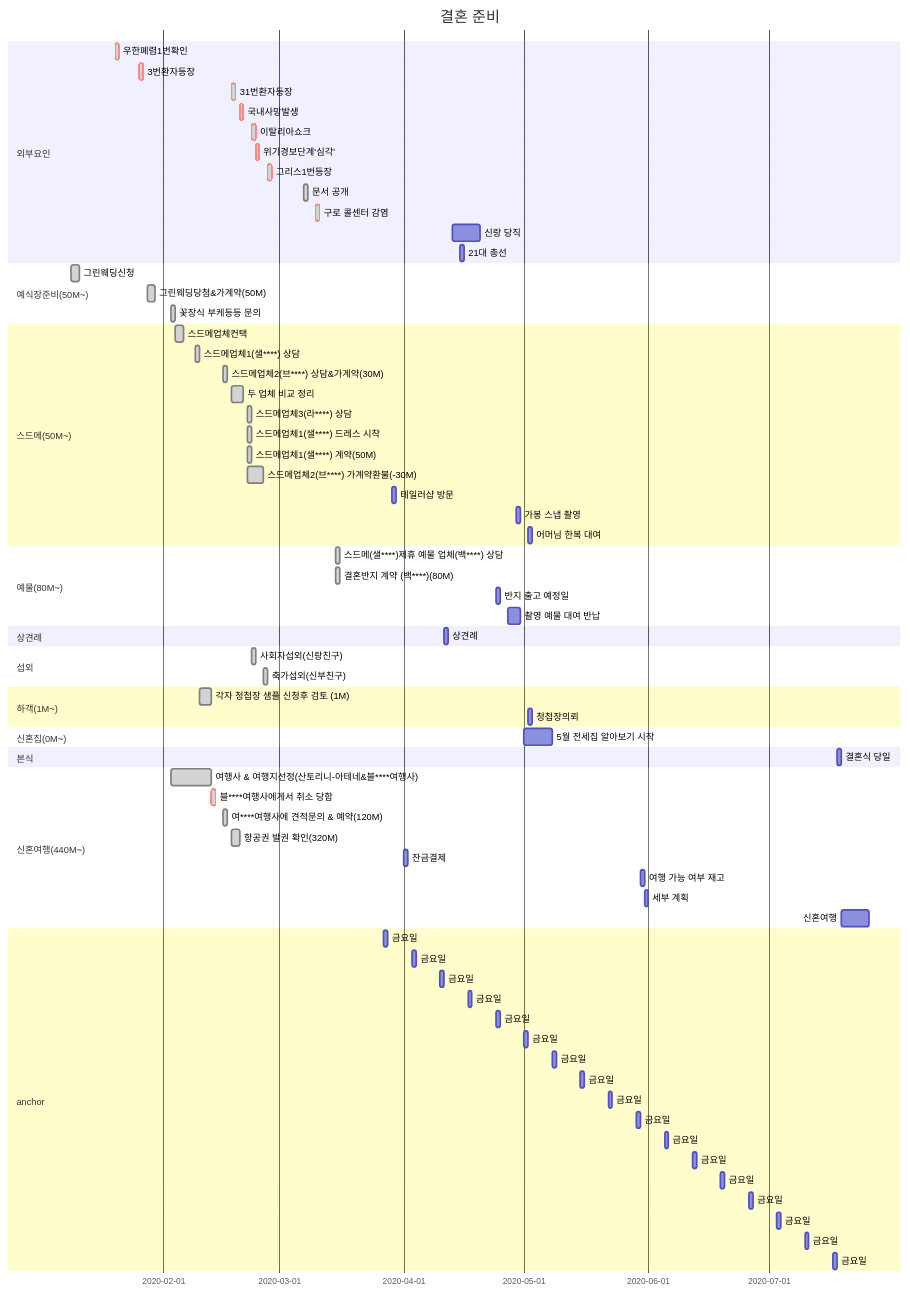
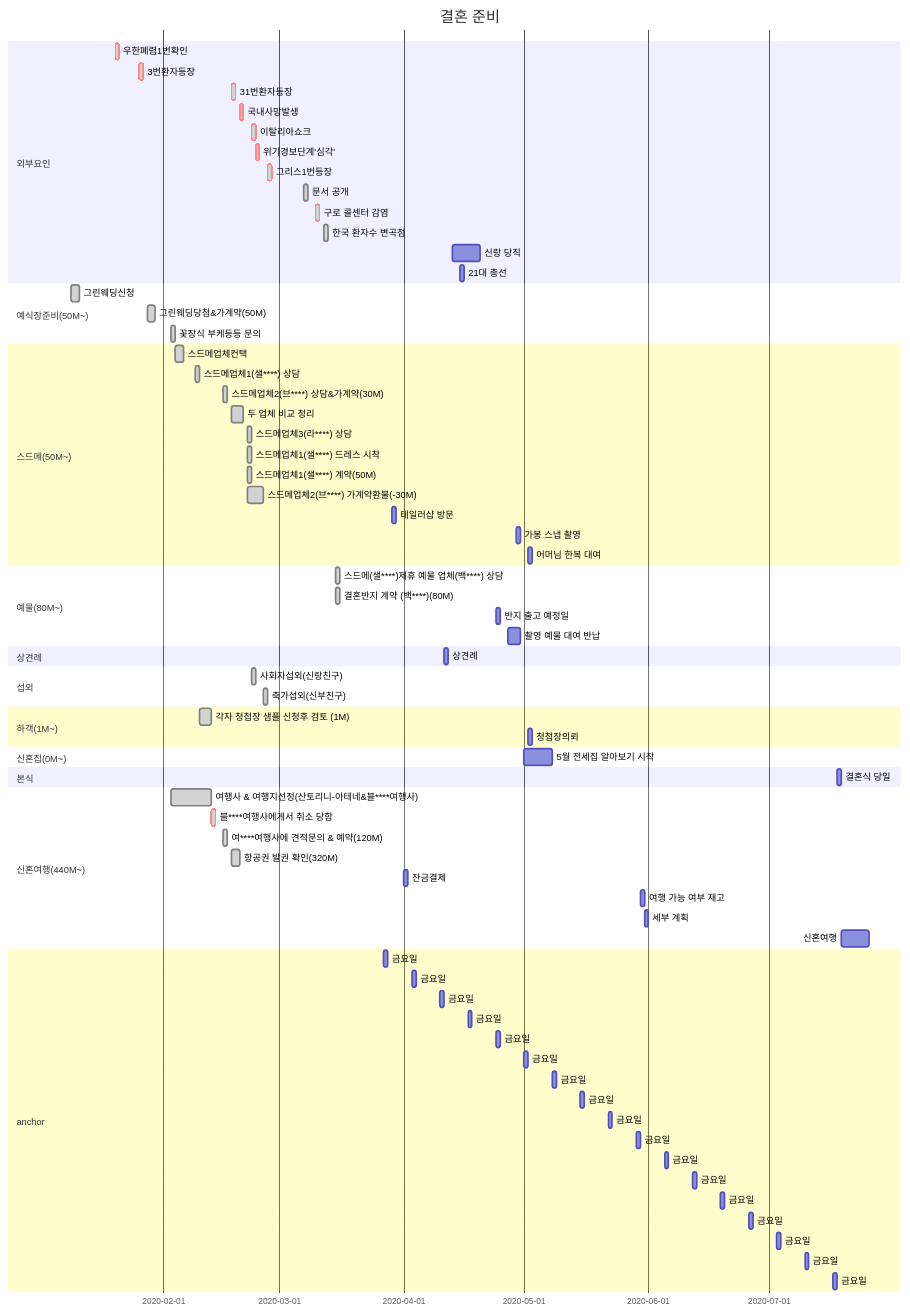
The diagram in docs/_static/journal.mmd (rino0601/hjk52knk), drawn with Mermaid before and after one commit. The commit also changed 5 other files, not shown here.

```diff
--- a/docs/_static/journal.mmd
+++ b/docs/_static/journal.mmd
@@ -1,86 +1,87 @@
 gantt
   title 결혼 준비
   dateFormat  YYYY-MM-DD
 
   section 외부요인
     우한폐렴1번확인: done, crit, 2020-01-20, 1d
     3번환자등장: done, crit, 2020-01-26, 1d
     31번환자등장: done, crit, 2020-02-18, 1d
     국내사망발생: done, crit, 2020-02-20, 1d
     이탈리아쇼크: done, crit, 2020-02-23, 1d
     위기경보단계'심각': done, crit, 2020-02-24, 1d
     그리스1번등장: done, crit, 2020-02-27, 1d
     문서 공개: done, 2020-03-07, 1d
     구로 콜센터 감염: done, crit, 2020-03-10, 1d
+    한국 환자수 변곡점: done, 2020-03-12, 1d
     신랑 당직: 2020-04-13, 2020-04-20
     21대 총선: 2020-04-15, 1d
 
   section 예식장준비(50M~)
     그린웨딩신청: done, 2020-01-09, 2d
     그린웨딩당첨&가계약(50M): done, 2020-01-28, 2d
     꽃장식 부케등등 문의: done, 2020-02-03, 1d
 
   section 스드메(50M~)
     스드메업체컨택: done, 2020-02-04, 2d
     스드메업체1(샐****) 상담: done, 2020-02-09, 1d
     스드메업체2(브****) 상담&가계약(30M): done, 2020-02-16, 1d
     두 업체 비교 정리: done, 2020-02-18, 2020-02-21
     스드메업체3(라****) 상담: done, 2020-02-22, 1d
     스드메업체1(샐****) 드레스 시착: done, 2020-02-22, 1d
     스드메업체1(샐****) 계약(50M): done, 2020-02-22, 1d
     스드메업체2(브****) 가계약환불(-30M): done, 2020-02-22, 2020-02-26
     테일러샵 방문: 2020-03-29, 1d
     가봉 스냅 촬영: 2020-04-29, 1d
     어머님 한복 대여: 2020-05-02, 1d
 
   section 예물(80M~)
     스드메(샐****)제휴 예물 업체(백****) 상담: done, 2020-03-15, 1d
     결혼반지 계약 (백****)(80M): done, 2020-03-15, 1d
     반지 출고 예정일: 2020-04-24, 1d
     촬영 예물 대여 반납: 2020-04-27, 2020-04-30
 
   section 상견례
     상견례: 2020-04-11, 1d
 
   section 섭외
     사회자섭외(신랑친구): done, 2020-02-23, 1d
     축가섭외(신부친구): done, 2020-02-26, 1d
 
   section 하객(1M~)
     각자 청첩장 샘플 신청후 검토 (1M): done, 2020-02-10, 2020-02-13
     청첩장의뢰                : after a11, 1d
 
   section 신혼집(0M~)
     5월 전세집 알아보기 시작: 2020-05-01, 7d
 
   section 본식
     결혼식 당일: dday, 2020-07-18  , 1d
 
   section 신혼여행(440M~)
     여행사 & 여행지선정(산토리니-아테네&블****여행사): done, 2020-02-03, 2020-02-13
     블****여행사에게서 취소 당함: done, crit, 2020-02-13, 1d
     여****여행사에 견적문의 & 예약(120M): done, 2020-02-16, 2020-02-17
     항공권 발권 확인(320M): done, 2020-02-18, 2020-02-20
     잔금결제: 2020-04-01, 1d
     여행 가능 여부 재고: 2020-05-30, 1d
     세부 계획: 1d
     신혼여행: 2020-07-19, 2020-07-26
 
   section anchor
     금요일: a16, 2020-03-27, 1d
     금요일: a15, 2020-04-03, 1d
     금요일: a14, 2020-04-10, 1d
     금요일: a13, 2020-04-17, 1d
     금요일: a12, 2020-04-24, 1d
     금요일: a11, 2020-05-01, 1d
     금요일: a10, 2020-05-08, 1d
     금요일: a9, 2020-05-15, 1d
     금요일: a8, 2020-05-22, 1d
     금요일: a7, 2020-05-29, 1d
     금요일: a6, 2020-06-05, 1d
     금요일: a5, 2020-06-12, 1d
     금요일: a4, 2020-06-19, 1d
     금요일: a3, 2020-06-26, 1d
     금요일: a2, 2020-07-03, 1d
     금요일: a1, 2020-07-10, 1d
     금요일: a0, 2020-07-17, 1d
```
